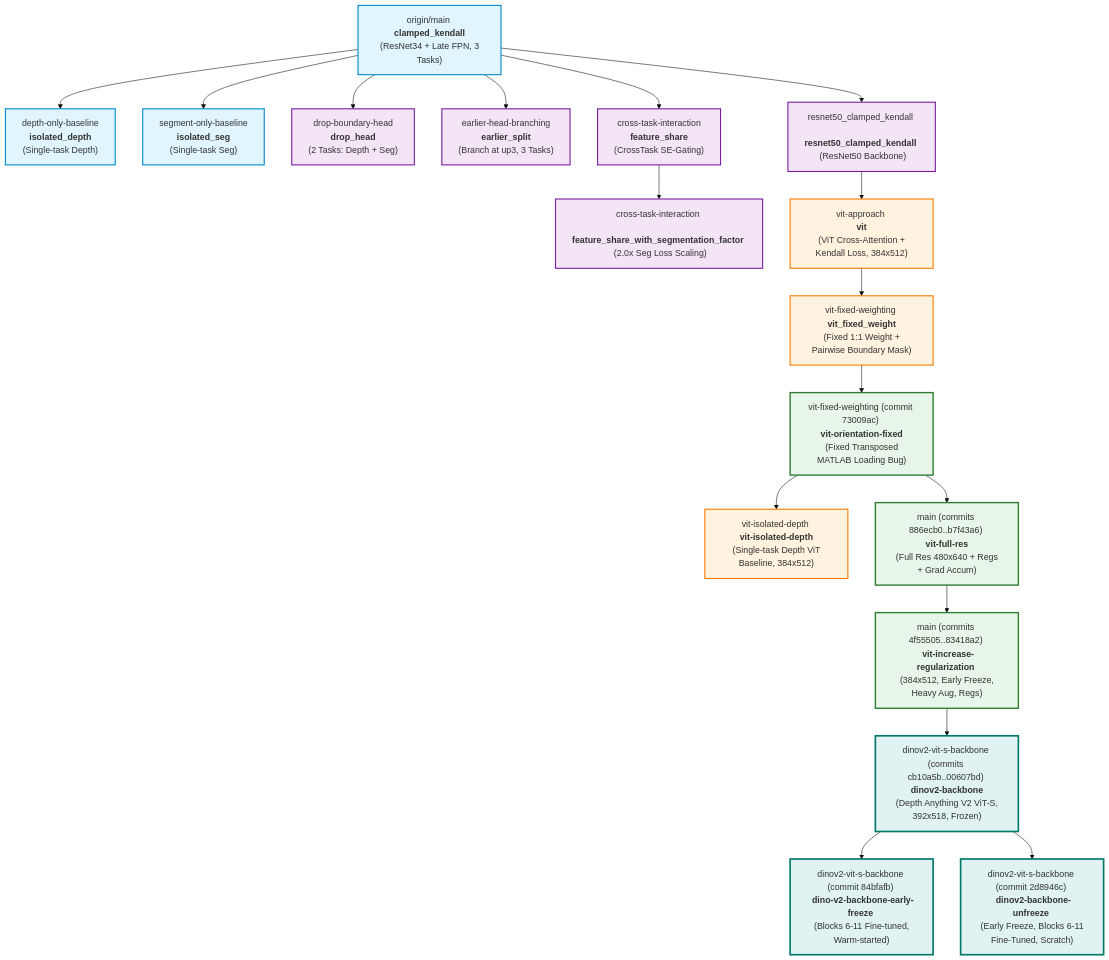
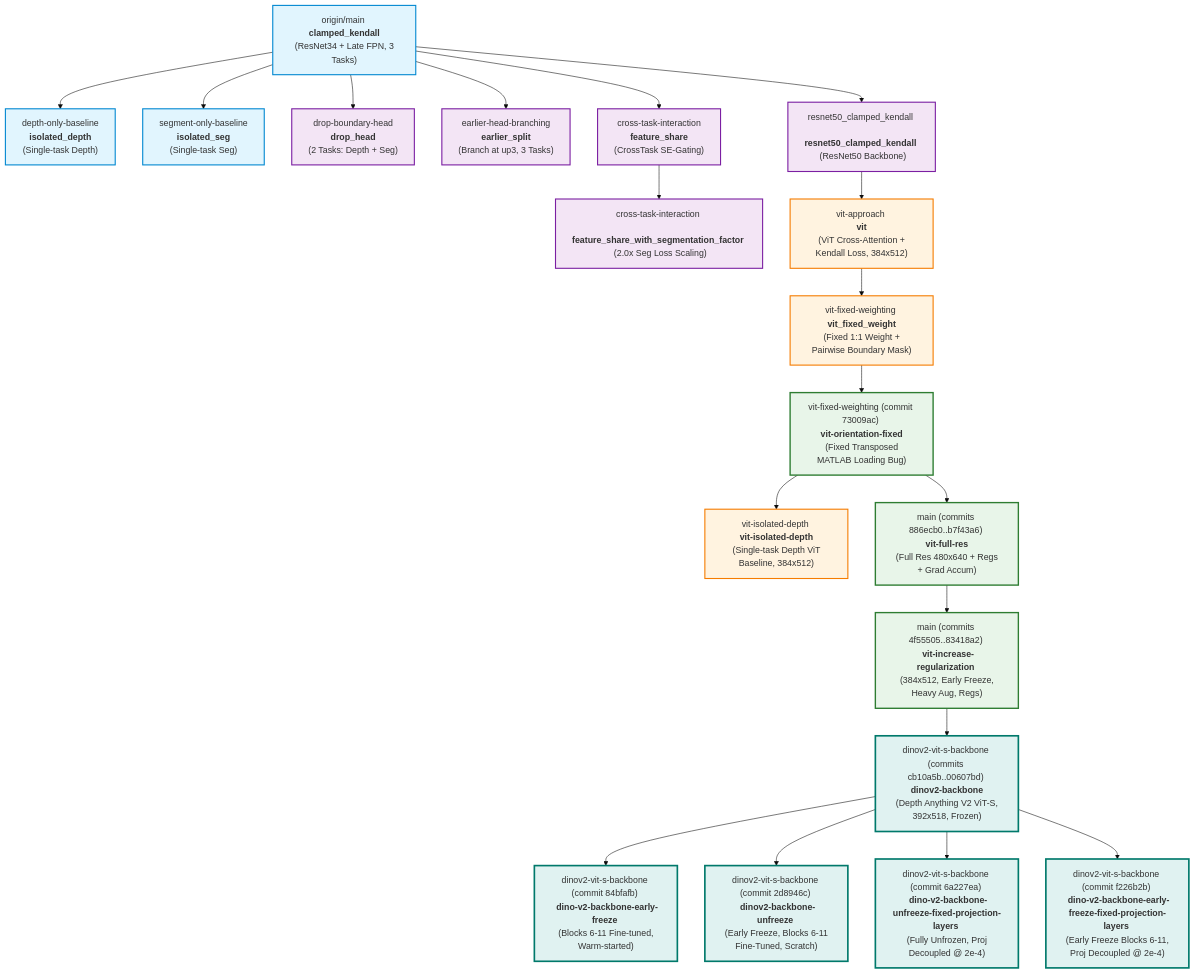
Before and after one commit to TotallyNotMinh/TwinForge: the diagram in ALL_RUN_SUMMARY.md, drawn with Mermaid (base theme). The commit also changed other lines of this file and 6 other files, not shown here.

Commit message:
Add logs, Eigen evaluations, and run summaries for decoupled projection runs (Runs 18 & 19)

````diff
--- a/ALL_RUN_SUMMARY.md
+++ b/ALL_RUN_SUMMARY.md
@@ -36,34 +38,36 @@
 ```mermaid
 graph TD
     Main["origin/main <br/> <b>clamped_kendall</b> <br/> (ResNet34 + Late FPN, 3 Tasks)"]
     
     Main --> IsoDepth["depth-only-baseline <br/> <b>isolated_depth</b> <br/> (Single-task Depth)"]
     Main --> IsoSeg["segment-only-baseline <br/> <b>isolated_seg</b> <br/> (Single-task Seg)"]
     Main --> DropBound["drop-boundary-head <br/> <b>drop_head</b> <br/> (2 Tasks: Depth + Seg)"]
     Main --> EarlySplit["earlier-head-branching <br/> <b>earlier_split</b> <br/> (Branch at up3, 3 Tasks)"]
     Main --> CrossTask["cross-task-interaction <br/> <b>feature_share</b> <br/> (CrossTask SE-Gating)"]
     CrossTask --> CrossTaskScale["cross-task-interaction <br/> <b>feature_share_with_segmentation_factor</b> <br/> (2.0x Seg Loss Scaling)"]
     Main --> ResNet50["resnet50_clamped_kendall <br/> <b>resnet50_clamped_kendall</b> <br/> (ResNet50 Backbone)"]
     
     ResNet50 --> ViTApp["vit-approach <br/> <b>vit</b> <br/> (ViT Cross-Attention + Kendall Loss, 384x512)"]
     ViTApp --> ViTFix["vit-fixed-weighting <br/> <b>vit_fixed_weight</b> <br/> (Fixed 1:1 Weight + Pairwise Boundary Mask)"]
     ViTFix --> ViTOri["vit-fixed-weighting (commit 73009ac) <br/> <b>vit-orientation-fixed</b> <br/> (Fixed Transposed MATLAB Loading Bug)"]
     ViTOri --> ViTIso["vit-isolated-depth <br/> <b>vit-isolated-depth</b> <br/> (Single-task Depth ViT Baseline, 384x512)"]
     ViTOri --> ViTFull["main (commits 886ecb0..b7f43a6) <br/> <b>vit-full-res</b> <br/> (Full Res 480x640 + Regs + Grad Accum)"]
     ViTFull --> ViTReg["main (commits 4f55505..83418a2) <br/> <b>vit-increase-regularization</b> <br/> (384x512, Early Freeze, Heavy Aug, Regs)"]
     ViTReg --> DinoV2["dinov2-vit-s-backbone (commits cb10a5b..00607bd) <br/> <b>dinov2-backbone</b> <br/> (Depth Anything V2 ViT-S, 392x518, Frozen)"]
     DinoV2 --> DinoEarly["dinov2-vit-s-backbone (commit 84bfafb) <br/> <b>dino-v2-backbone-early-freeze</b> <br/> (Blocks 6-11 Fine-tuned, Warm-started)"]
     DinoV2 --> DinoUnfreeze["dinov2-vit-s-backbone (commit 2d8946c) <br/> <b>dinov2-backbone-unfreeze</b> <br/> (Early Freeze, Blocks 6-11 Fine-Tuned, Scratch)"]
+    DinoV2 --> DinoUnfreezeFix["dinov2-vit-s-backbone (commit 6a227ea) <br/> <b>dino-v2-backbone-unfreeze-fixed-projection-layers</b> <br/> (Fully Unfrozen, Proj Decoupled @ 2e-4)"]
+    DinoV2 --> DinoEarlyFix["dinov2-vit-s-backbone (commit f226b2b) <br/> <b>dino-v2-backbone-early-freeze-fixed-projection-layers</b> <br/> (Early Freeze Blocks 6-11, Proj Decoupled @ 2e-4)"]
 
     classDef baseline fill:#e1f5fe,stroke:#0288d1,stroke-width:2px;
     classDef vit fill:#fff3e0,stroke:#f57c00,stroke-width:2px;
     classDef vitbest fill:#e8f5e9,stroke:#2e7d32,stroke-width:2.5px;
     classDef dinobest fill:#e0f2f1,stroke:#00796b,stroke-width:3px;
     classDef abl fill:#f3e5f5,stroke:#7b1fa2,stroke-width:2px;
     
     class Main,IsoDepth,IsoSeg baseline;
     class DropBound,EarlySplit,CrossTask,CrossTaskScale,ResNet50 abl;
     class ViTApp,ViTFix,ViTIso vit;
     class ViTOri,ViTFull,ViTReg vitbest;
-    class DinoV2,DinoEarly,DinoUnfreeze dinobest;
+    class DinoV2,DinoEarly,DinoUnfreeze,DinoUnfreezeFix,DinoEarlyFix dinobest;
 ```
````
